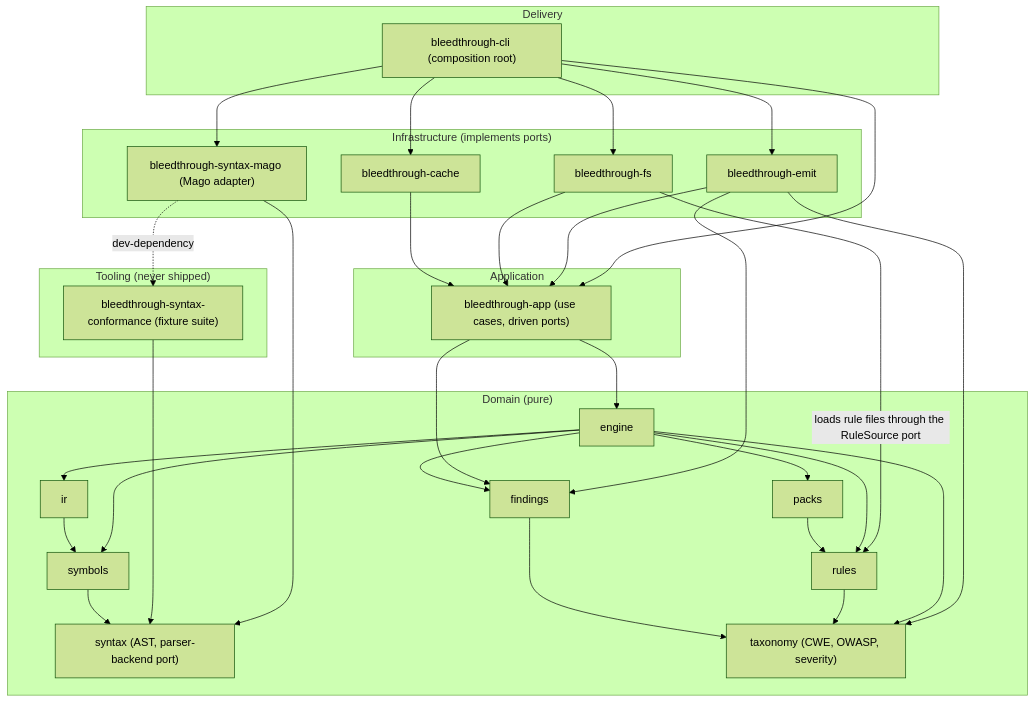
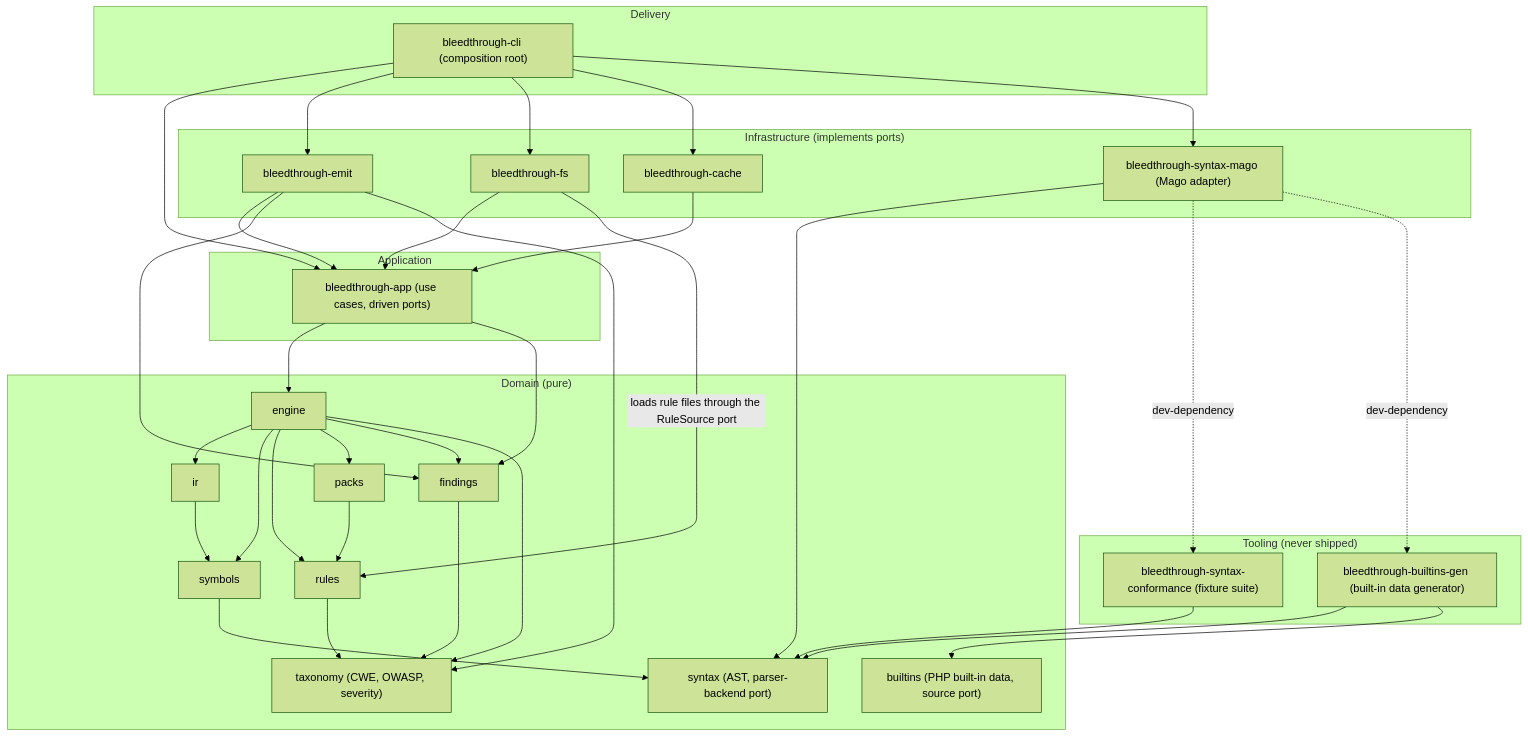
One commit to MisterIcy/bleedthrough changed the diagram in docs/architecture.md. Above: the diagram before and after it, drawn with Mermaid (forest theme). The commit also changed other lines of this file and 6 other files, not shown here.

Commit message:
Gate the built-in data: check-builtins regenerates byte for byte; document the data and the add-a-version procedure

````diff
--- a/docs/architecture.md
+++ b/docs/architecture.md
@@ -8,55 +8,60 @@
 ```mermaid
 flowchart TB
   subgraph DELIVERY["Delivery"]
     cli["bleedthrough-cli (composition root)"]
   end
   subgraph INFRA["Infrastructure (implements ports)"]
     emit["bleedthrough-emit"]
     fs["bleedthrough-fs"]
     cache["bleedthrough-cache"]
     mago["bleedthrough-syntax-mago (Mago adapter)"]
   end
   subgraph TOOLING["Tooling (never shipped)"]
     conformance["bleedthrough-syntax-conformance (fixture suite)"]
+    gen["bleedthrough-builtins-gen (built-in data generator)"]
   end
   subgraph APP["Application"]
     app["bleedthrough-app (use cases, driven ports)"]
   end
   subgraph DOMAIN["Domain (pure)"]
     engine["engine"]
     ir["ir"]
     symbols["symbols"]
     syntax["syntax (AST, parser-backend port)"]
+    builtins["builtins (PHP built-in data, source port)"]
     rules["rules"]
     packs["packs"]
     findings["findings"]
     taxonomy["taxonomy (CWE, OWASP, severity)"]
   end
   cli --> app
   cli --> emit
   cli --> fs
   cli --> cache
   cli --> mago
   emit --> app
   fs --> app
   fs -->|loads rule files through the RuleSource port| rules
   emit --> findings
   emit --> taxonomy
   cache --> app
   mago --> syntax
   mago -. dev-dependency .-> conformance
   conformance --> syntax
+  mago -. dev-dependency .-> gen
+  gen --> syntax
+  gen --> builtins
   app --> engine
   app --> findings
   engine --> ir
   engine --> symbols
   engine --> rules
   engine --> packs
   engine --> findings
   engine --> taxonomy
   rules --> taxonomy
   findings --> taxonomy
   ir --> symbols
   symbols --> syntax
   packs --> rules
 ```
````
